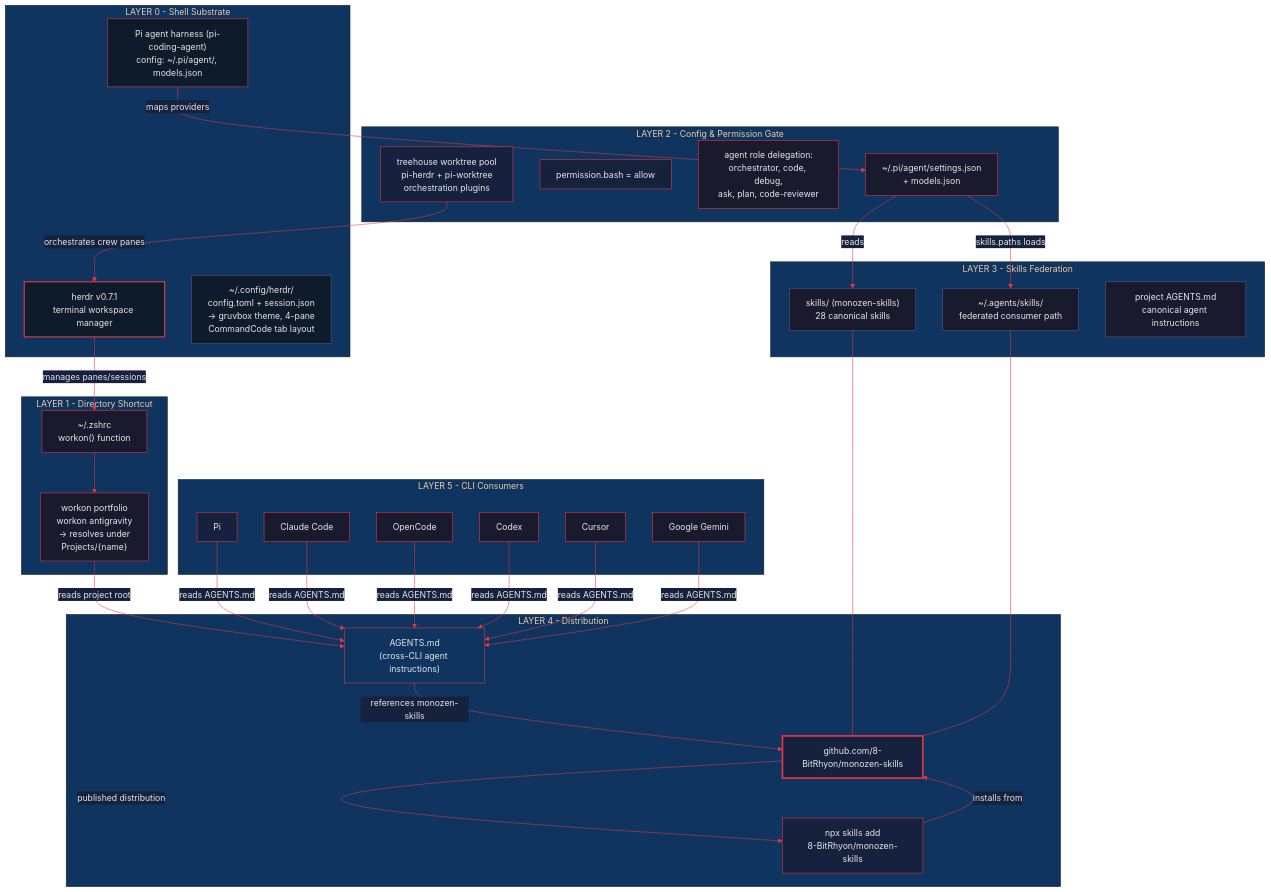
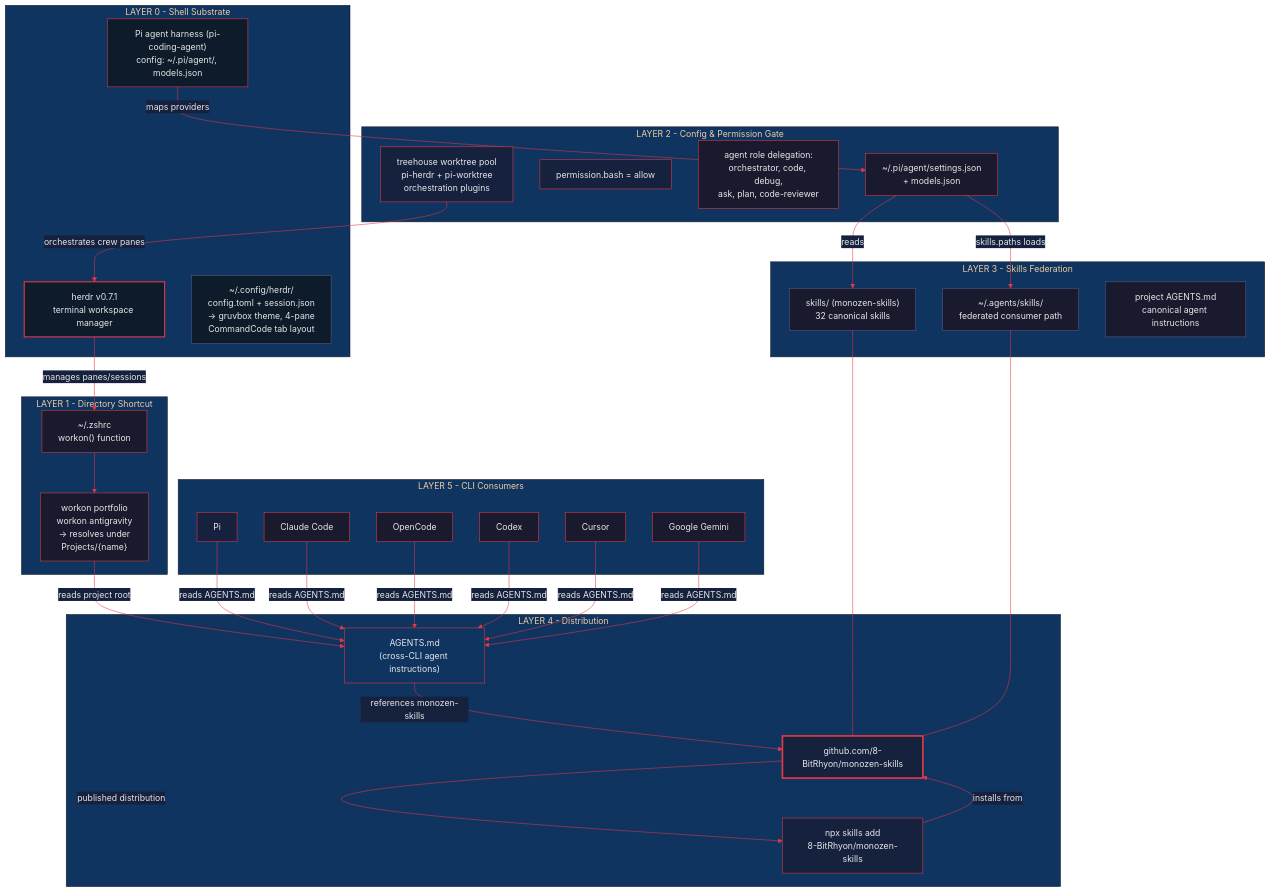
Before and after one commit to 8-BitRhyon/monozen-skills: the diagram in assets/monozen-skills-arch.mmd, drawn with Mermaid. The commit also changed 35 other files, not shown here.

```diff
--- a/assets/monozen-skills-arch.mmd
+++ b/assets/monozen-skills-arch.mmd
@@ -1,75 +1,75 @@
 %%{init: {'theme': 'base', 'themeVariables': {'primaryColor': '#1a1a2e', 'primaryTextColor': '#e6e6e6', 'primaryBorderColor': '#e63946', 'lineColor': '#e63946', 'secondaryColor': '#16213e', 'tertiaryColor': '#0f3460'}}}%%
 
 flowchart TB
     subgraph Layer0["LAYER 0 - Shell Substrate"]
         HR["herdr v0.7.1<br/>terminal workspace manager"]
         PIF["Pi agent harness (pi-coding-agent)<br/>config: ~/.pi/agent/, models.json"]
         HRCFG["~/.config/herdr/<br/>config.toml + session.json<br/>-> gruvbox theme, 4-pane<br/>  CommandCode tab layout"]
     end
 
     subgraph Layer1["LAYER 1 - Directory Shortcut"]
         ZS["~/.zshrc<br/>workon() function"]
         WU["workon portfolio<br/>workon antigravity<br/>-> resolves under<br/>Projects/{name}"]
     end
 
     subgraph Layer2["LAYER 2 - Config & Permission Gate"]
         KC["~/.pi/agent/settings.json<br/>+ models.json"]
         PERM["permission.bash = allow"]
         AGD["agent role delegation:<br/>orchestrator, code, debug,<br/>ask, plan, code-reviewer"]
         IDX["treehouse worktree pool<br/>pi-herdr + pi-worktree<br/>orchestration plugins"]
     end
 
     subgraph Layer3["LAYER 3 - Skills Federation"]
-        FS1["skills/ (monozen-skills)<br/>28 canonical skills"]
+        FS1["skills/ (monozen-skills)<br/>32 canonical skills"]
         FS2["~/.agents/skills/<br/>federated consumer path"]
         FS3["project AGENTS.md<br/>canonical agent instructions"]
     end
 
     subgraph Layer4["LAYER 4 - Distribution"]
         MS["github.com/8-BitRhyon/monozen-skills"]
         NPX["npx skills add<br/>8-BitRhyon/monozen-skills"]
         AG["AGENTS.md<br/>(cross-CLI agent instructions)"]
     end
 
     subgraph Layer5["LAYER 5 - CLI Consumers"]
         PI["Pi"]
         CC["Claude Code"]
         OC["OpenCode"]
         CX["Codex"]
         CU["Cursor"]
         GK["Google Gemini"]
     end
 
     HR -->|manages panes/sessions| ZS
     ZS --> WU
     WU -->|reads project root| AG
     AG -->|references monozen-skills| MS
     PIF -->|maps providers| KC
     KC -->|skills.paths loads| FS2
     KC -->|reads| FS1
     IDX -->|orchestrates crew panes| HR
     NPX -->|installs from| MS
     MS -->|published distribution| NPX
     FS1 --- MS
     FS2 --- MS
     PI -->|reads AGENTS.md| AG
     CC -->|reads AGENTS.md| AG
     OC -->|reads AGENTS.md| AG
     CX -->|reads AGENTS.md| AG
     CU -->|reads AGENTS.md| AG
     GK -->|reads AGENTS.md| AG
 
     style HR fill:#0d1b2a,stroke:#e63946,color:#e6e6e6,stroke-width:2px
     style PIF fill:#0d1b2a,stroke:#e63946,color:#e6e6e6
     style HRCFG fill:#0d1b2a,stroke:#5a5a8a,color:#e6e6e6
     style ZS fill:#1a1a2e,stroke:#e63946,color:#e6e6e6
     style KC fill:#1a1a2e,stroke:#e63946,color:#e6e6e6
     style MS fill:#16213e,stroke:#e63946,color:#e6e6e6,stroke-width:3px
     style AG fill:#0f3460,stroke:#e63946,color:#e6e6e6
     style NPX fill:#16213e,stroke:#e63946,color:#e6e6e6
     style FS1 fill:#1a1a2e,stroke:#5a5a8a,color:#e6e6e6
     style FS2 fill:#1a1a2e,stroke:#5a5a8a,color:#e6e6e6
     style FS3 fill:#1a1a2e,stroke:#5a5a8a,color:#e6e6e6
     style PI fill:#16213e,stroke:#e63946,color:#e6e6e6
     style PERM fill:#16213e,stroke:#e63946,color:#e6e6e6
     style IDX fill:#16213e,stroke:#e63946,color:#e6e6e6
```
